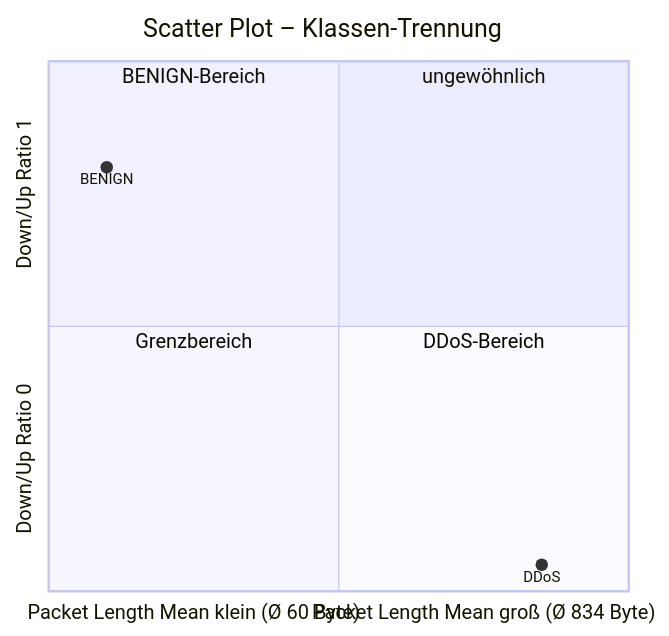
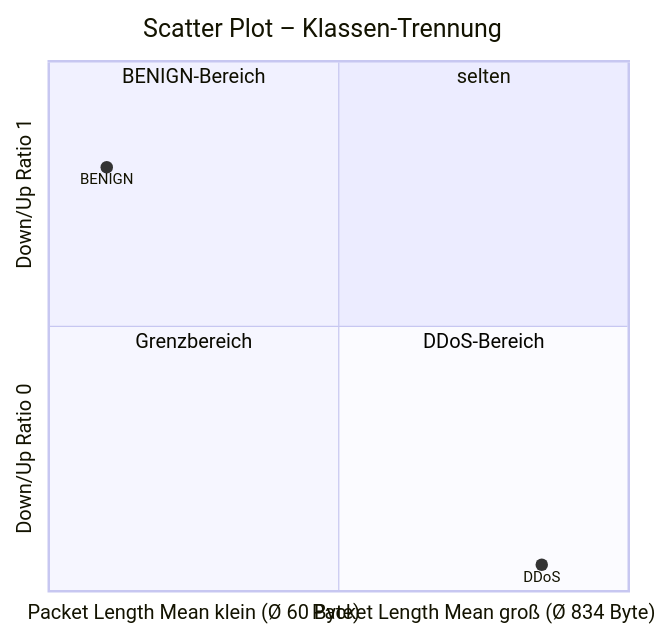
The second of 3 diagrams in Wiki/Orange_Klassifikations_Workflow.md (LK-Reichl-F/alp_cisco_akademietag_muenchen_2026), drawn with Mermaid before and after one commit.

Commit message:
Umlaut in Mermaid quadrantChart durch umlautfreie Alternative ersetzt

````diff
--- a/Wiki/Orange_Klassifikations_Workflow.md
+++ b/Wiki/Orange_Klassifikations_Workflow.md
@@ -71,12 +71,12 @@
 ```mermaid
 quadrantChart
     title Scatter Plot – Klassen-Trennung
     x-axis "Packet Length Mean klein (Ø 60 Byte)" --> "Packet Length Mean groß (Ø 834 Byte)"
     y-axis "Down/Up Ratio 0" --> "Down/Up Ratio 1"
-    quadrant-1 ungewöhnlich
+    quadrant-1 selten
     quadrant-2 BENIGN-Bereich
     quadrant-3 Grenzbereich
     quadrant-4 DDoS-Bereich
     BENIGN: [0.1, 0.8]
     DDoS: [0.85, 0.05]
 ```
````
